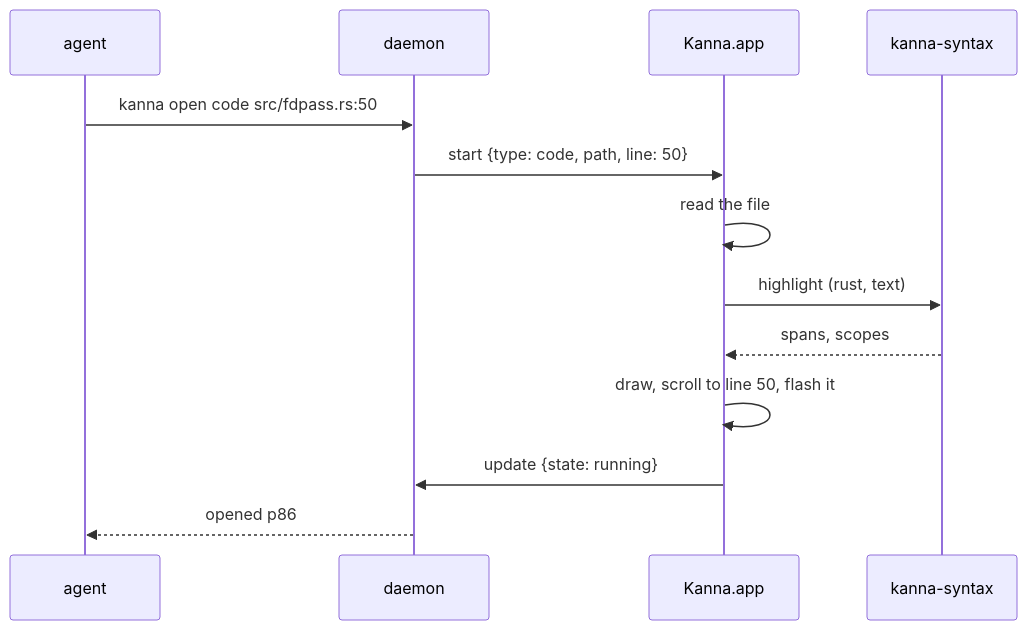
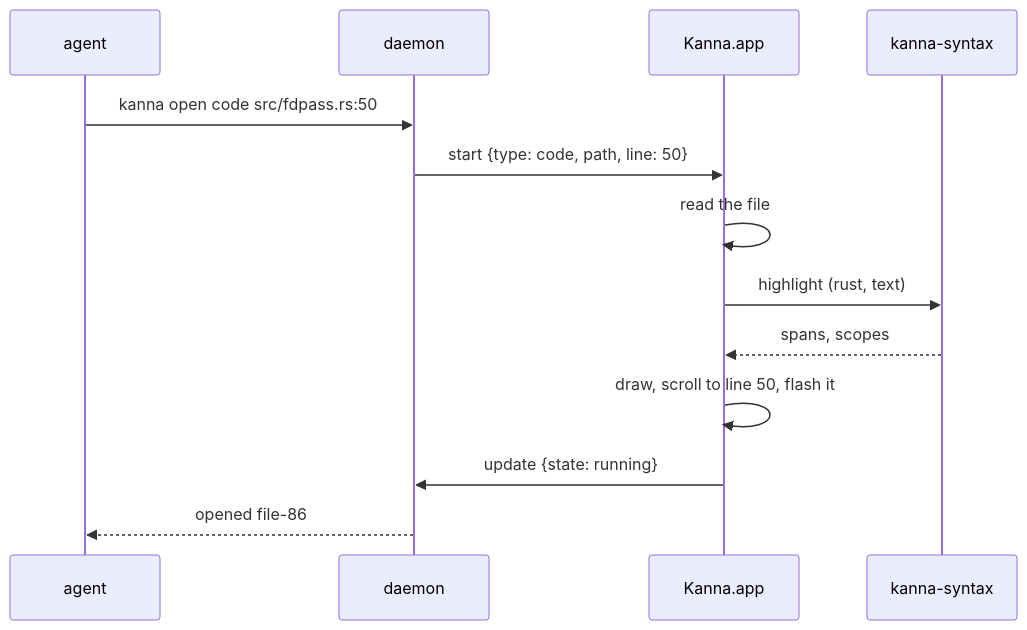
Before and after one commit to tampopogk/kanna: the first of 2 diagrams in docs/specs/code-viewer.md, drawn with Mermaid. The commit also changed other lines of this file and 43 other files, not shown here.

````diff
--- a/docs/specs/code-viewer.md
+++ b/docs/specs/code-viewer.md
@@ -20,15 +20,15 @@
 ```mermaid
 sequenceDiagram
     participant A as agent
     participant D as daemon
     participant App as Kanna.app
     participant S as kanna-syntax
     A->>D: kanna open code src/fdpass.rs:50
     D->>App: start {type: code, path, line: 50}
     App->>App: read the file
     App->>S: highlight (rust, text)
     S-->>App: spans, scopes
     App->>App: draw, scroll to line 50, flash it
     App->>D: update {state: running}
-    D-->>A: opened p86
+    D-->>A: opened file-86
 ```
````
